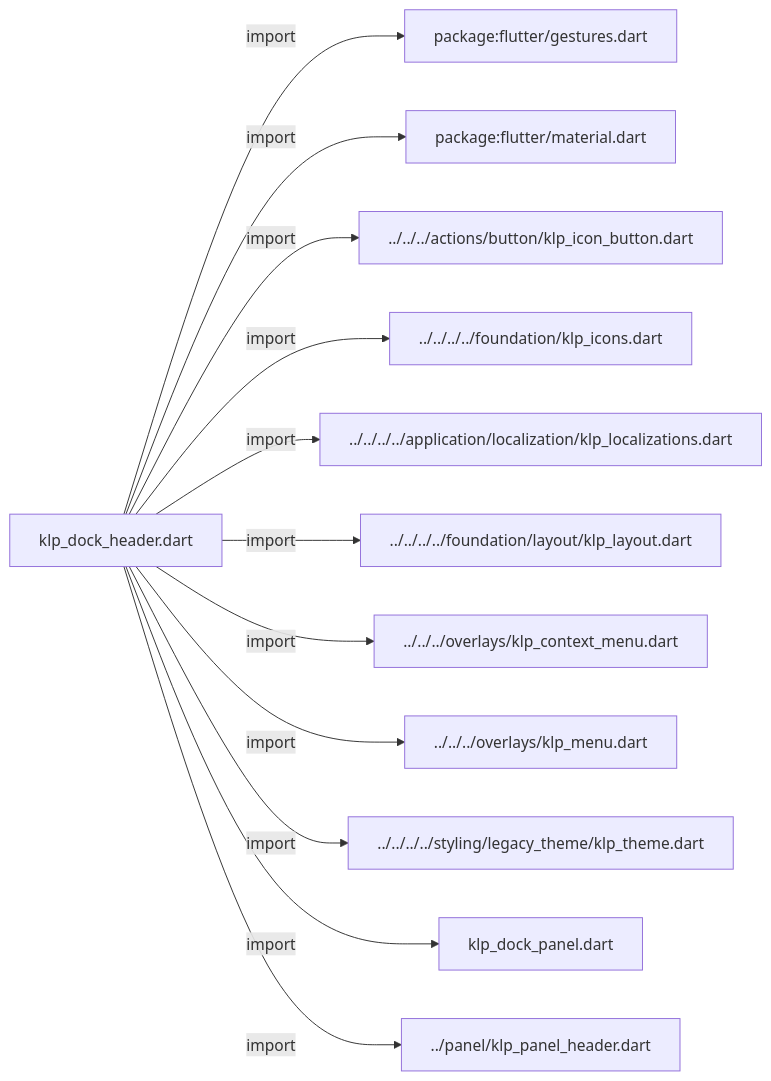
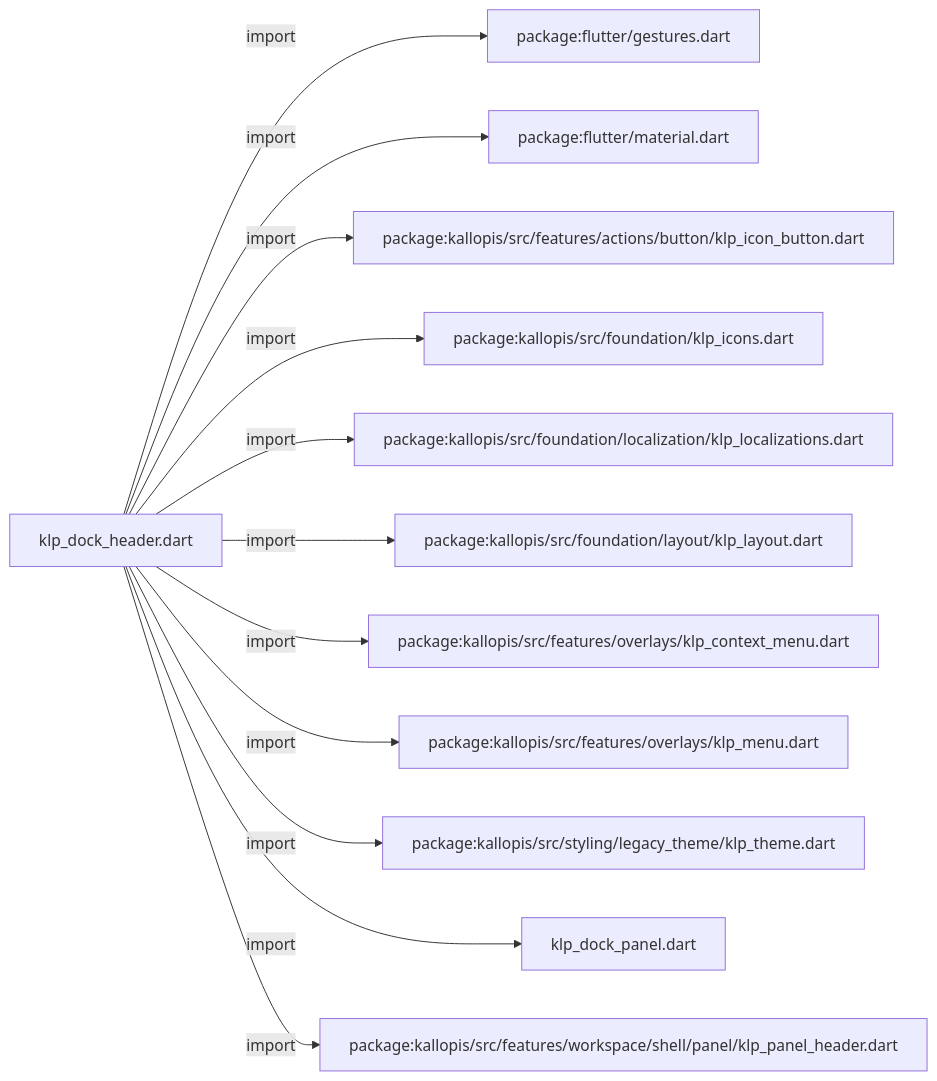
The first of 2 diagrams in docs/architecture/src/features/workspace/shell/docking/klp_dock_header.md (MiuDog/Kallopis), drawn with Mermaid before and after one commit. The commit also changed other lines of this file and 9688 other files, not shown here.

Commit message:
Prepare isolated Flow F2 peer baseline

````diff
--- a/docs/architecture/src/features/workspace/shell/docking/klp_dock_header.md
+++ b/docs/architecture/src/features/workspace/shell/docking/klp_dock_header.md
@@ -11,26 +11,26 @@
 ```mermaid
 flowchart LR
 	n0["klp_dock_header.dart"]
 	n1["package:flutter/gestures.dart"]
 	n2["package:flutter/material.dart"]
-	n3["../../../actions/button/klp_icon_button.dart"]
-	n4["../../../../foundation/klp_icons.dart"]
-	n5["../../../../application/localization/klp_localizations.dart"]
-	n6["../../../../foundation/layout/klp_layout.dart"]
-	n7["../../../overlays/klp_context_menu.dart"]
-	n8["../../../overlays/klp_menu.dart"]
-	n9["../../../../styling/legacy_theme/klp_theme.dart"]
+	n3["package:kallopis/src/features/actions/button/klp_icon_button.dart"]
+	n4["package:kallopis/src/foundation/klp_icons.dart"]
+	n5["package:kallopis/src/foundation/localization/klp_localizations.dart"]
+	n6["package:kallopis/src/foundation/layout/klp_layout.dart"]
+	n7["package:kallopis/src/features/overlays/klp_context_menu.dart"]
+	n8["package:kallopis/src/features/overlays/klp_menu.dart"]
+	n9["package:kallopis/src/styling/legacy_theme/klp_theme.dart"]
 	n10["klp_dock_panel.dart"]
-	n11["../panel/klp_panel_header.dart"]
+	n11["package:kallopis/src/features/workspace/shell/panel/klp_panel_header.dart"]
 	n0 -->|"import"| n1
 	n0 -->|"import"| n2
 	n0 -->|"import"| n3
 	n0 -->|"import"| n4
 	n0 -->|"import"| n5
 	n0 -->|"import"| n6
 	n0 -->|"import"| n7
 	n0 -->|"import"| n8
 	n0 -->|"import"| n9
 	n0 -->|"import"| n10
 	n0 -->|"import"| n11
 ```
````
